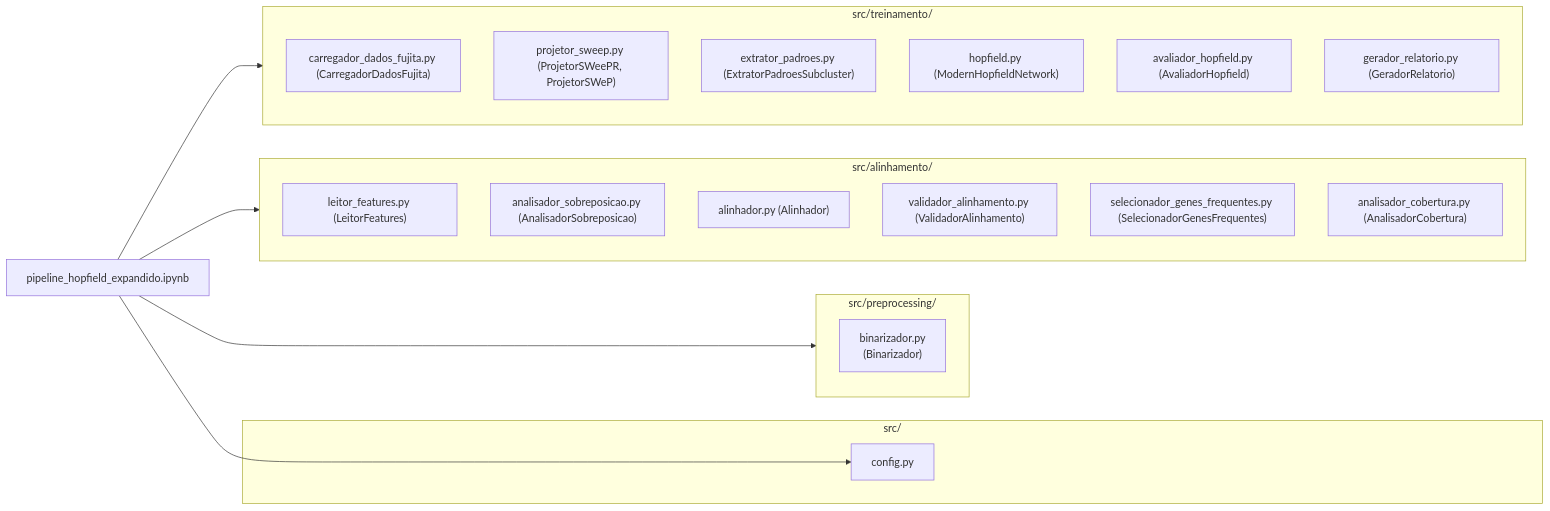
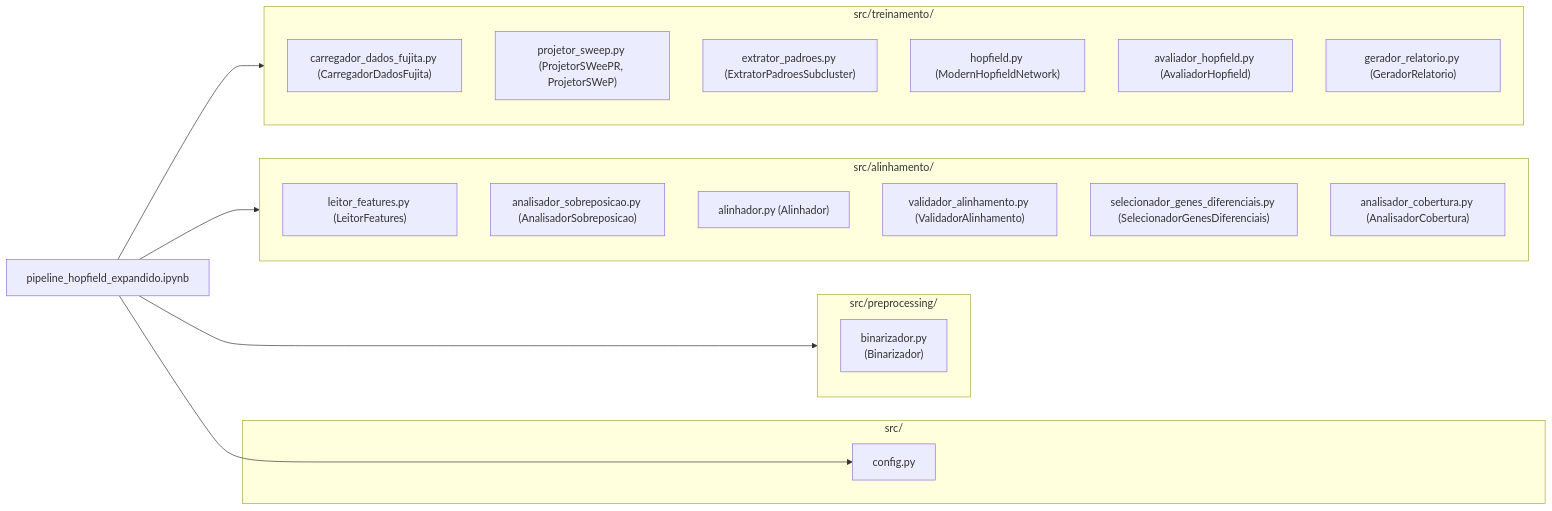
Before and after one commit to letdevx/pipiline_hopifield: the second of 2 diagrams in second_brain/01_Projetos/pipeline_hopfield_expandido/documentacao_pipeline_hopfield.md, drawn with Mermaid. The commit also changed other lines of this file and 27 other files, not shown here.

````diff
--- a/second_brain/01_Projetos/pipeline_hopfield_expandido/documentacao_pipeline_hopfield.md
+++ b/second_brain/01_Projetos/pipeline_hopfield_expandido/documentacao_pipeline_hopfield.md
@@ -251,35 +250,35 @@
 ```mermaid
 graph LR
     NB["pipeline_hopfield_expandido.ipynb"]
 
     subgraph Config["src/"]
         CFG["config.py"]
     end
 
     subgraph Preprocessing["src/preprocessing/"]
         BIN["binarizador.py<br/>(Binarizador)"]
     end
 
     subgraph Alignment["src/alinhamento/"]
         LEIT["leitor_features.py (LeitorFeatures)"]
         SOBR["analisador_sobreposicao.py (AnalisadorSobreposicao)"]
         ALIN["alinhador.py (Alinhador)"]
         VALI["validador_alinhamento.py (ValidadorAlinhamento)"]
-        SELE["selecionador_genes_frequentes.py (SelecionadorGenesFrequentes)"]
+        SELE["selecionador_genes_diferenciais.py (SelecionadorGenesDiferenciais)"]
         COBE["analisador_cobertura.py (AnalisadorCobertura)"]
     end
 
     subgraph Training["src/treinamento/"]
         CARR["carregador_dados_fujita.py (CarregadorDadosFujita)"]
         PROJ["projetor_sweep.py (ProjetorSWeePR, ProjetorSWeP)"]
         EXTR["extrator_padroes.py (ExtratorPadroesSubcluster)"]
         HOPF["hopfield.py (ModernHopfieldNetwork)"]
         EVAL["avaliador_hopfield.py (AvaliadorHopfield)"]
         RELA["gerador_relatorio.py (GeradorRelatorio)"]
     end
 
     NB --> CFG
     NB --> Preprocessing
     NB --> Alignment
     NB --> Training
 ```
````
